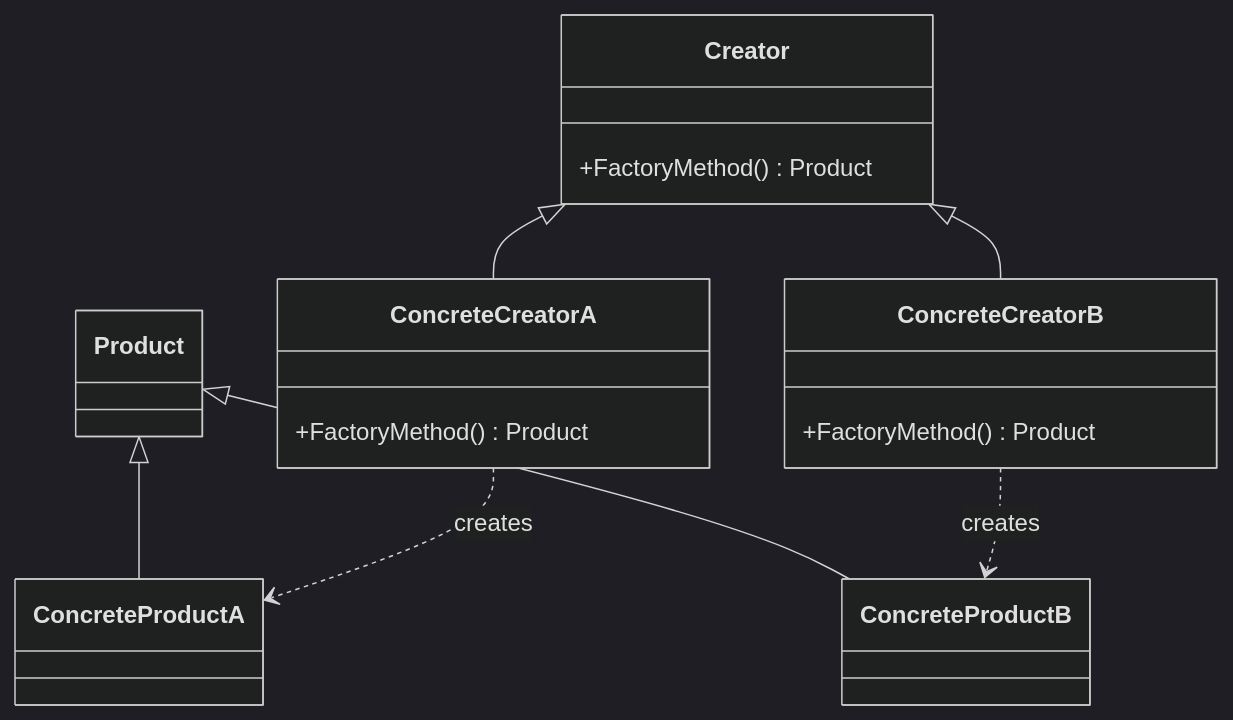
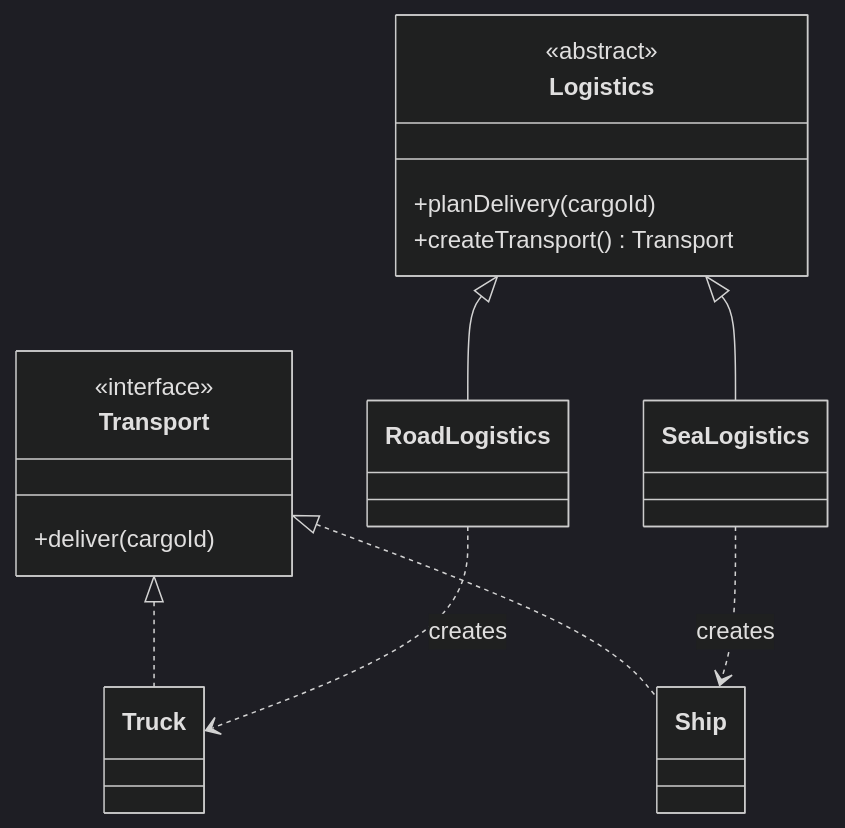
Before and after one commit to Kert0n/KPO: the third of 15 diagrams in lectures/Lec4/vitepress.md, drawn with Mermaid (dark theme). The commit also changed other lines of this file and 3 other files, not shown here.

````diff
--- a/lectures/Lec4/vitepress.md
+++ b/lectures/Lec4/vitepress.md
@@ -100,21 +180,23 @@
 ```mermaid
 classDiagram
-    class Product
-    class ConcreteProductA
-    class ConcreteProductB
-    class Creator {
-        +FactoryMethod() Product
-    }
-    class ConcreteCreatorA {
-        +FactoryMethod() Product
-    }
-    class ConcreteCreatorB {
-        +FactoryMethod() Product
-    }
-    Product <|-- ConcreteProductA
-    Product <|-- ConcreteProductB
-    Creator <|-- ConcreteCreatorA
-    Creator <|-- ConcreteCreatorB
-    ConcreteCreatorA ..> ConcreteProductA : creates
-    ConcreteCreatorB ..> ConcreteProductB : creates
+  class Transport {
+    <<interface>>
+    +deliver(cargoId)
+  }
+  class Truck
+  class Ship
+  class Logistics {
+    <<abstract>>
+    +planDelivery(cargoId)
+    +createTransport() Transport
+  }
+  class RoadLogistics
+  class SeaLogistics
+
+  Transport <|.. Truck
+  Transport <|.. Ship
+  Logistics <|-- RoadLogistics
+  Logistics <|-- SeaLogistics
+  RoadLogistics ..> Truck : creates
+  SeaLogistics ..> Ship : creates
 ```
````
